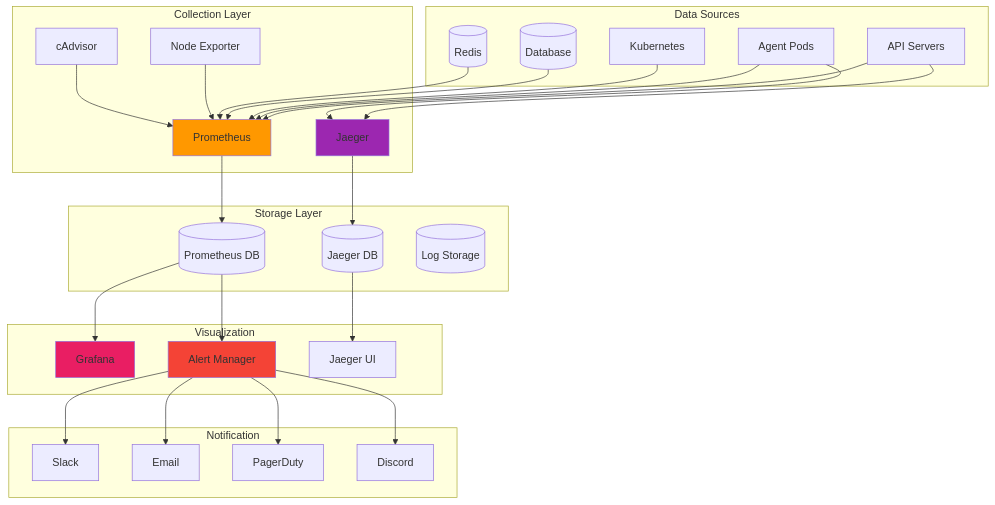
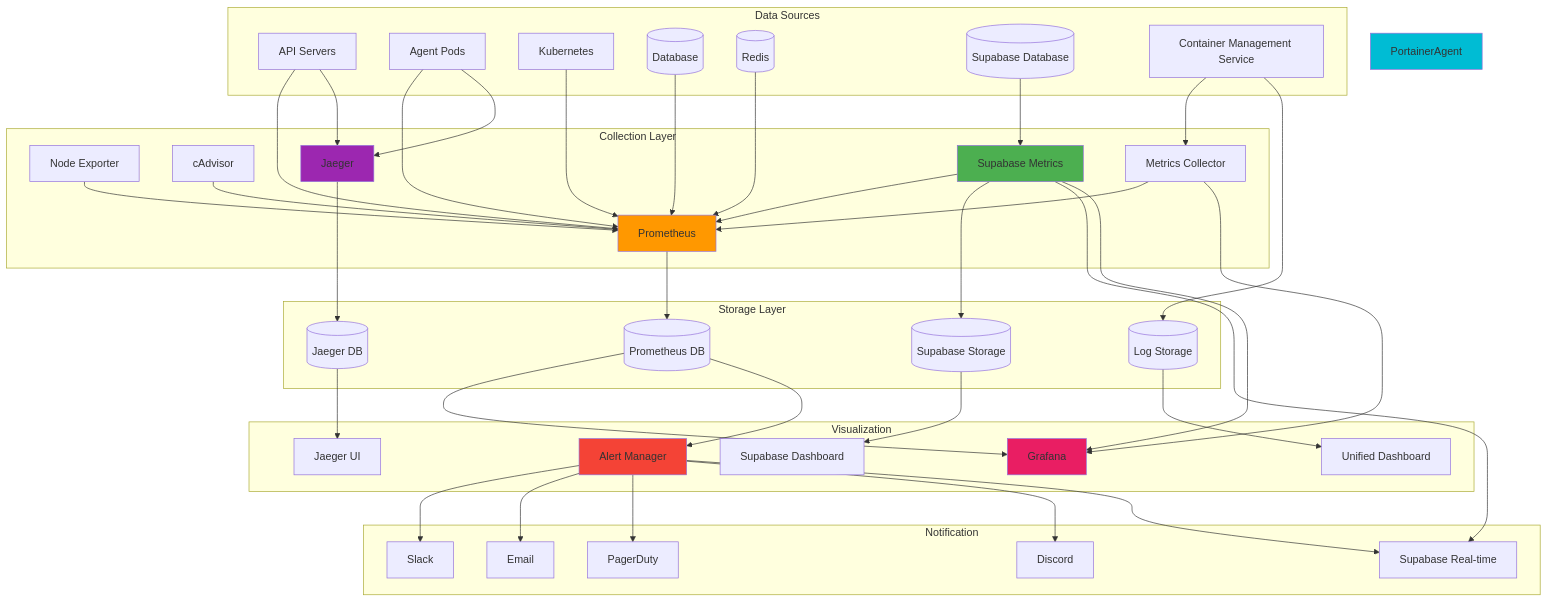
Before and after one commit to caelusway/agent-launchpad-infra: the diagram in docs/monitoring.md, drawn with Mermaid. The commit also changed other lines of this file and 4 other files, not shown here.

````diff
--- a/docs/monitoring.md
+++ b/docs/monitoring.md
@@ -20,6 +20,8 @@
         K8s[Kubernetes]
         DB[(Database)]
         Redis[(Redis)]
+        SupaDB[(Supabase Database)]
+        ContainerMgmt[Container Management Service]
     end
     
     subgraph "Collection Layer"
@@ -27,18 +29,24 @@
         NodeExp[Node Exporter]
         CAdvisor[cAdvisor]
         Jaeger[Jaeger]
+        MetricsCollector[Metrics Collector]
+        SupabaseMetrics[Supabase Metrics]
     end
     
     subgraph "Storage Layer"
         PromDB[(Prometheus DB)]
         JaegerDB[(Jaeger DB)]
         LogStore[(Log Storage)]
+
+        SupabaseStorage[(Supabase Storage)]
     end
     
     subgraph "Visualization"
         Grafana[Grafana]
         AlertMgr[Alert Manager]
         JaegerUI[Jaeger UI]
+        UnifiedDashboard[Unified Dashboard]
+        SupabaseUI[Supabase Dashboard]
     end
     
     subgraph "Notification"
@@ -46,6 +54,7 @@
         Email[Email]
         PagerDuty[PagerDuty]
         Discord[Discord]
+        SupabaseRT[Supabase Real-time]
     end
     
     API --> Prometheus
@@ -53,27 +62,43 @@
     K8s --> Prometheus
     DB --> Prometheus
     Redis --> Prometheus
+    SupaDB --> SupabaseMetrics
+    ContainerMgmt --> MetricsCollector
     
     NodeExp --> Prometheus
     CAdvisor --> Prometheus
+    MetricsCollector --> Prometheus
+    SupabaseMetrics --> Prometheus
     
     API --> Jaeger
     Agents --> Jaeger
     
     Prometheus --> PromDB
     Jaeger --> JaegerDB
+    ContainerMgmt --> LogStore
+    SupabaseMetrics --> SupabaseStorage
     
     PromDB --> Grafana
     PromDB --> AlertMgr
     JaegerDB --> JaegerUI
+    LogStore --> UnifiedDashboard
+    SupabaseStorage --> SupabaseUI
     
     AlertMgr --> Slack
     AlertMgr --> Email
     AlertMgr --> PagerDuty
     AlertMgr --> Discord
+    SupabaseMetrics --> SupabaseRT
+    
+    %% Cross-integration
+    MetricsCollector --> Grafana
+    SupabaseMetrics --> Grafana
+    AlertMgr --> SupabaseRT
     
     style Prometheus fill:#ff9800
     style Grafana fill:#e91e63
     style AlertMgr fill:#f44336
     style Jaeger fill:#9c27b0
+    style PortainerAgent fill:#00bcd4
+    style SupabaseMetrics fill:#4caf50
 ```
````
